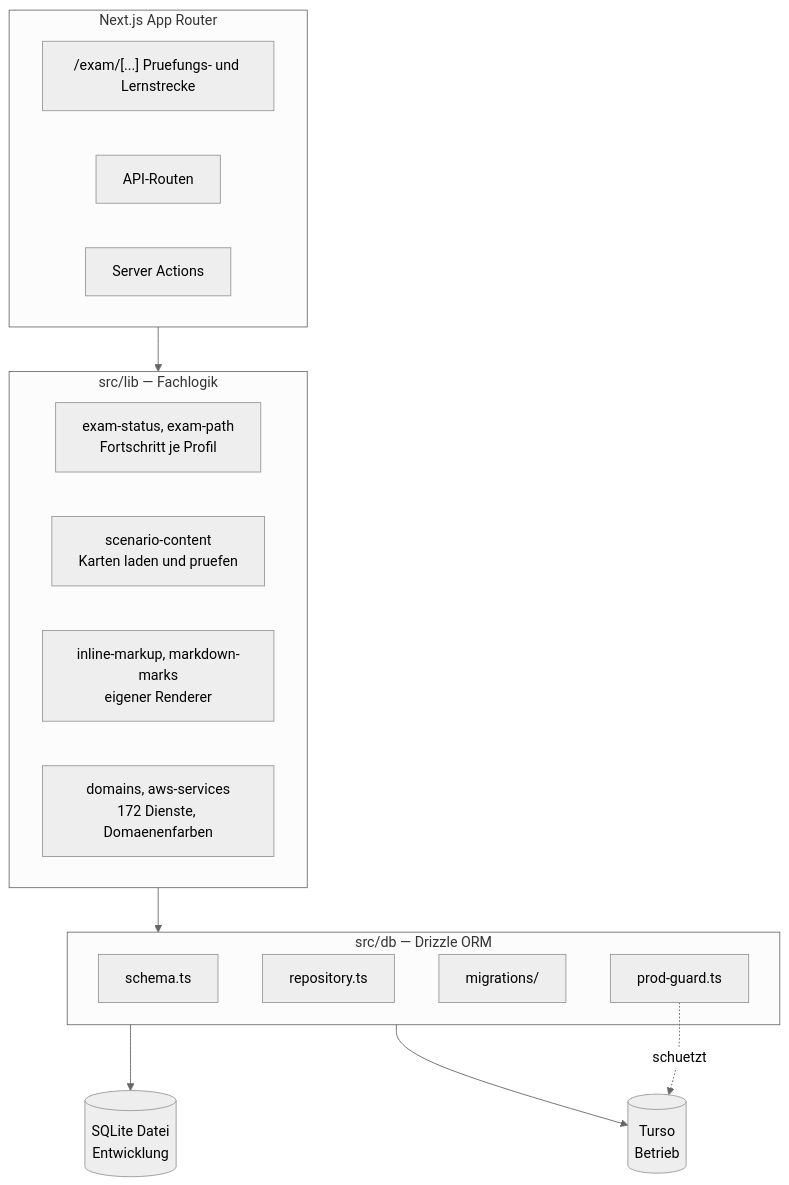
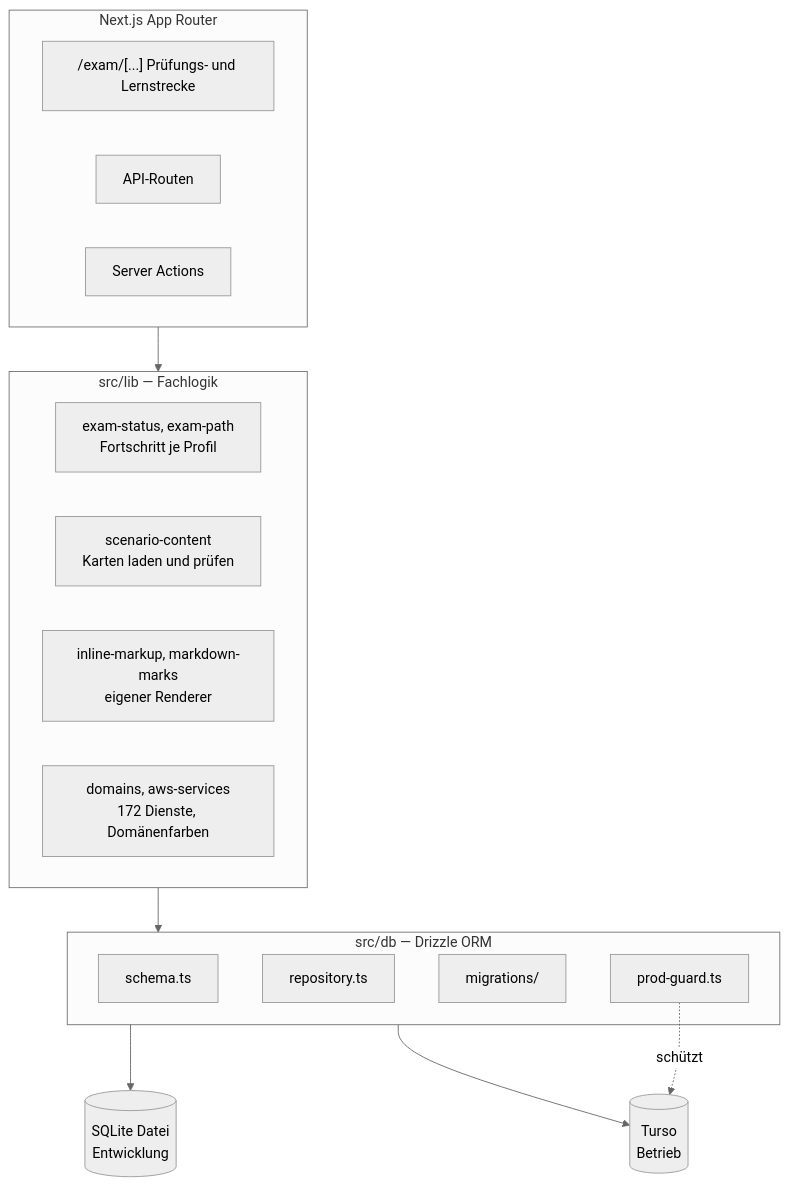
Before and after one commit to Oktay-94/certops: the diagram in README.md, drawn with Mermaid (neutral theme).

Commit message:
README: Umlaute im Fliesstext und in den Diagrammen

````diff
--- a/README.md
+++ b/README.md
@@ -54,30 +54,30 @@
 ```mermaid
 flowchart TB
   subgraph APP["Next.js App Router"]
-    R["/exam/[...] Pruefungs- und Lernstrecke"]
+    R["/exam/[...] Prüfungs- und Lernstrecke"]
     API["API-Routen"]
     SA["Server Actions"]
   end
 
   subgraph LIB["src/lib — Fachlogik"]
     EX["exam-status, exam-path<br/>Fortschritt je Profil"]
-    SC["scenario-content<br/>Karten laden und pruefen"]
+    SC["scenario-content<br/>Karten laden und prüfen"]
     MD["inline-markup, markdown-marks<br/>eigener Renderer"]
-    DOM["domains, aws-services<br/>172 Dienste, Domaenenfarben"]
+    DOM["domains, aws-services<br/>172 Dienste, Domänenfarben"]
   end
 
   subgraph DB["src/db — Drizzle ORM"]
     SCH["schema.ts"]
     REP["repository.ts"]
     MIG["migrations/"]
     PG["prod-guard.ts"]
   end
 
   LOCAL[("SQLite Datei<br/>Entwicklung")]
   TURSO[("Turso<br/>Betrieb")]
 
   APP --> LIB --> DB
   DB --> LOCAL
   DB --> TURSO
-  PG -.schuetzt.-> TURSO
+  PG -.schützt.-> TURSO
 ```
````
